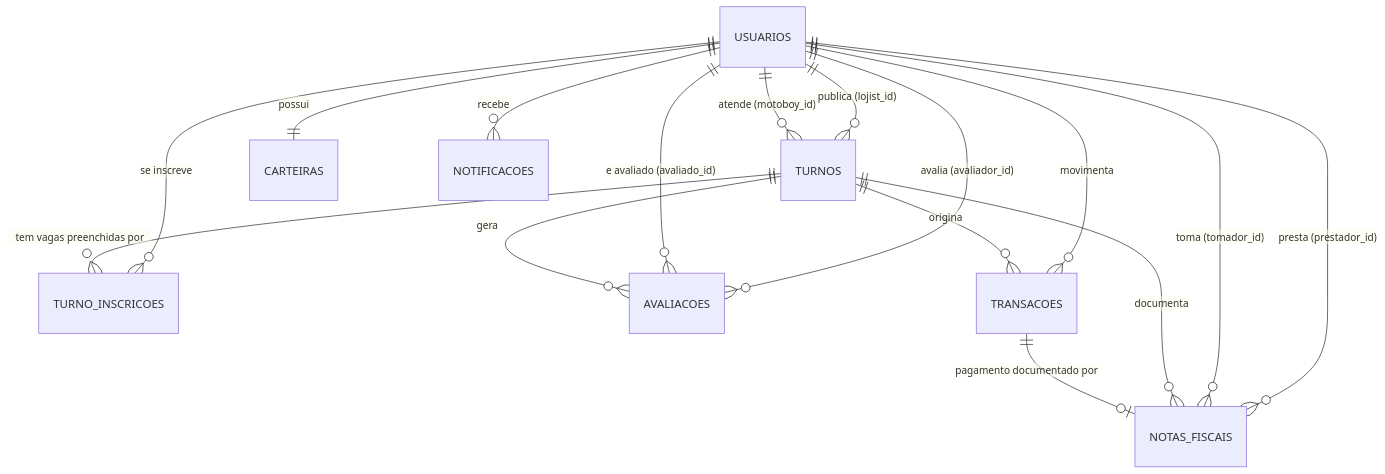
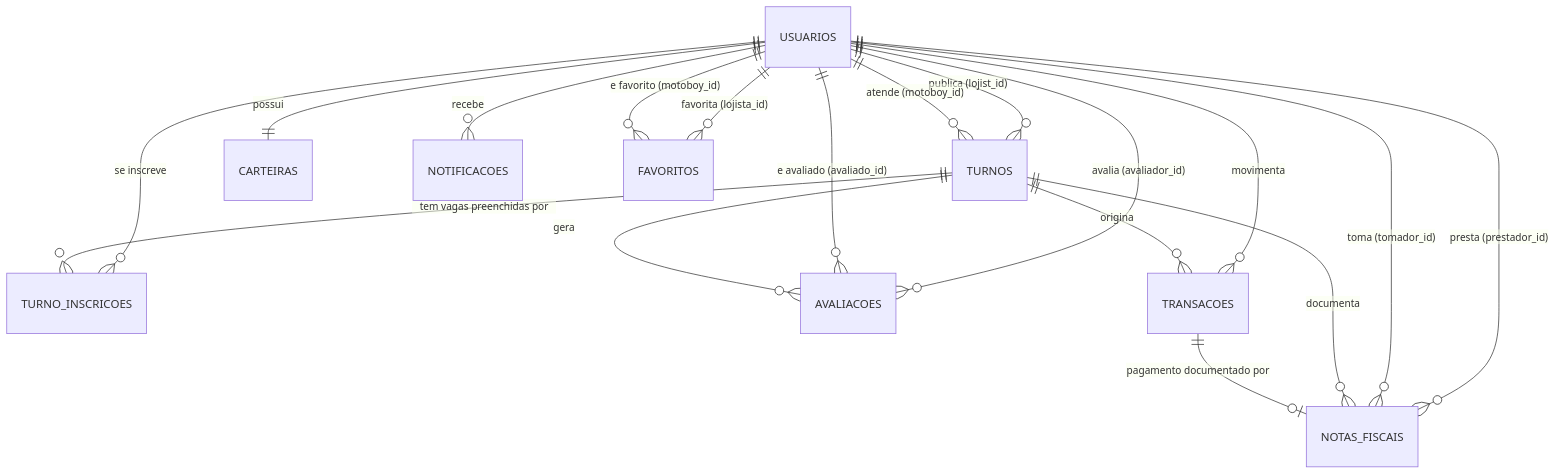
One commit to matheus-silverio-silva/motoshift changed the diagram in docs/DER/DER_MotoShift.md. Above: the diagram before and after it, drawn with Mermaid. The commit also changed other lines of this file and 47 other files, not shown here.

````diff
--- a/docs/DER/DER_MotoShift.md
+++ b/docs/DER/DER_MotoShift.md
@@ -15,18 +15,20 @@
 ```mermaid
 erDiagram
     USUARIOS ||--o{ TURNOS : "publica (lojist_id)"
     USUARIOS ||--o{ TURNOS : "atende (motoboy_id)"
     USUARIOS ||--|| CARTEIRAS : "possui"
     USUARIOS ||--o{ TURNO_INSCRICOES : "se inscreve"
     USUARIOS ||--o{ AVALIACOES : "avalia (avaliador_id)"
     USUARIOS ||--o{ AVALIACOES : "e avaliado (avaliado_id)"
     USUARIOS ||--o{ TRANSACOES : "movimenta"
     USUARIOS ||--o{ NOTIFICACOES : "recebe"
     USUARIOS ||--o{ NOTAS_FISCAIS : "presta (prestador_id)"
     USUARIOS ||--o{ NOTAS_FISCAIS : "toma (tomador_id)"
     TURNOS   ||--o{ TURNO_INSCRICOES : "tem vagas preenchidas por"
     TURNOS   ||--o{ AVALIACOES : "gera"
     TURNOS   ||--o{ TRANSACOES : "origina"
     TURNOS   ||--o{ NOTAS_FISCAIS : "documenta"
     TRANSACOES ||--o| NOTAS_FISCAIS : "pagamento documentado por"
+    USUARIOS ||--o{ FAVORITOS : "favorita (lojista_id)"
+    USUARIOS ||--o{ FAVORITOS : "e favorito (motoboy_id)"
 ```
````
